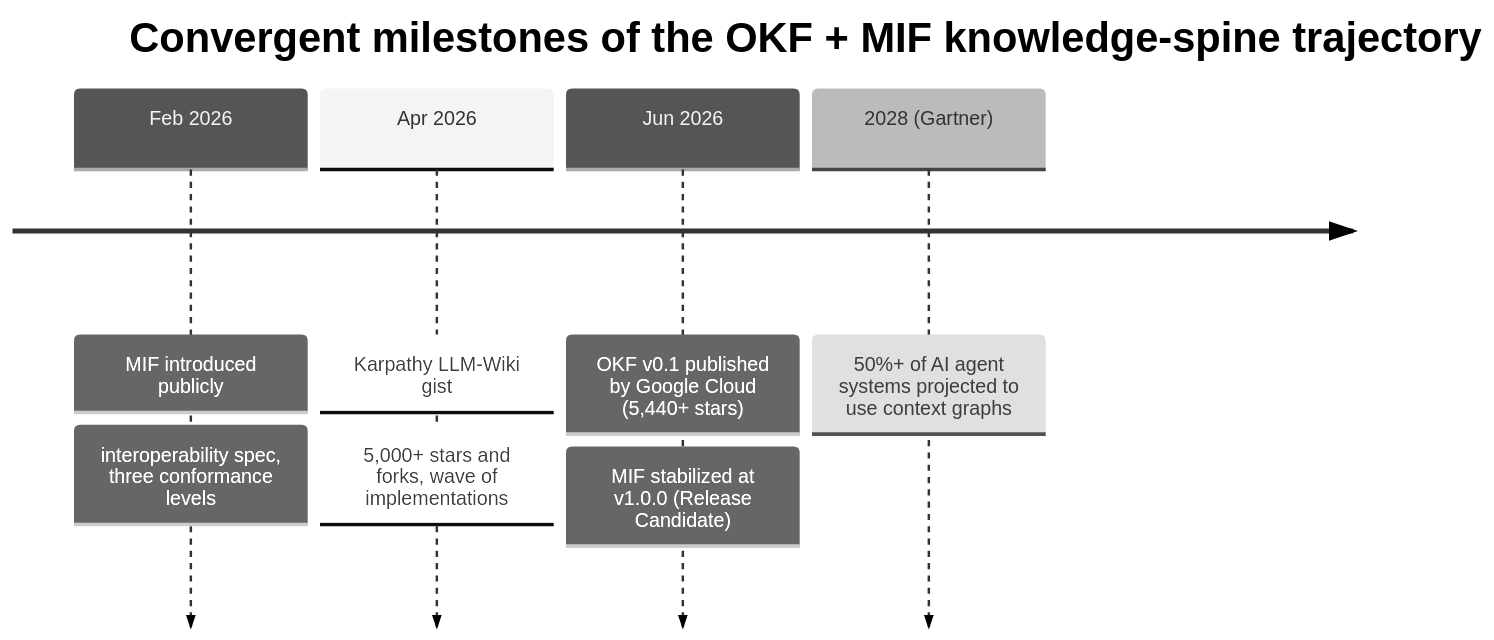
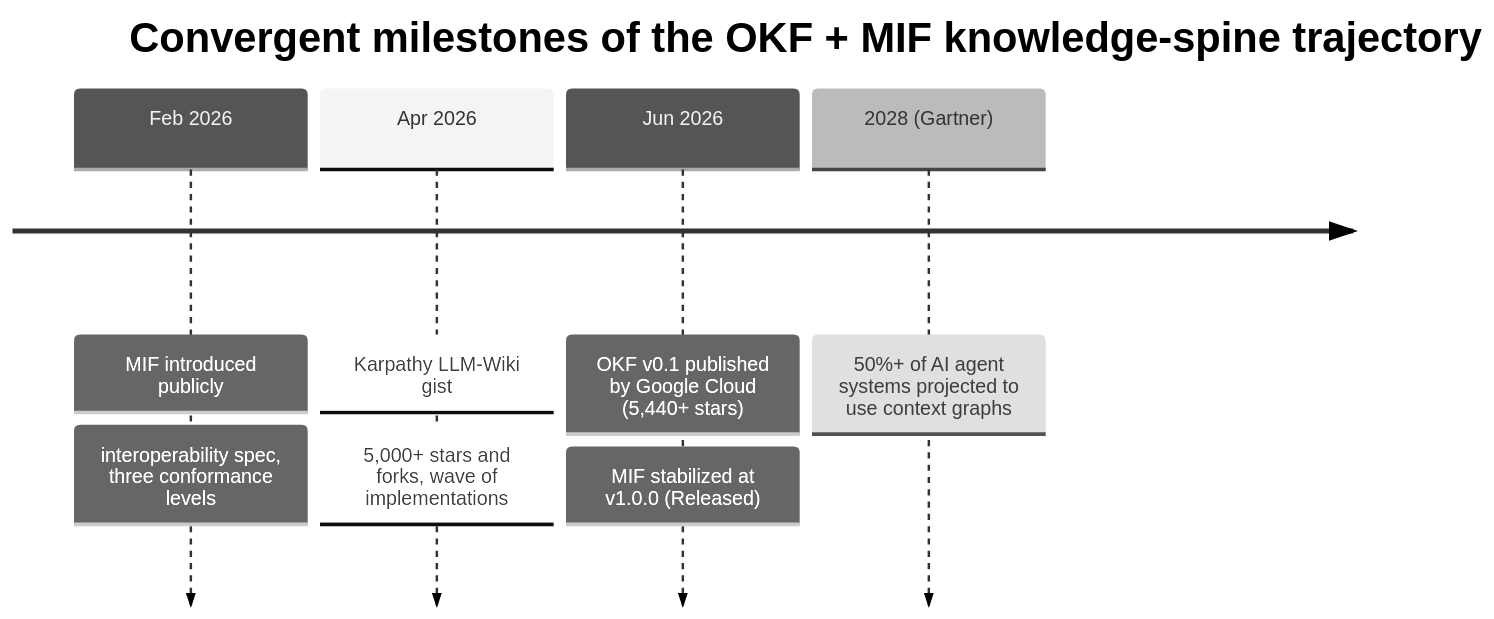
Before and after one commit to zircote/research-harness-template: the second of 2 diagrams in reports/example-okf-mif-knowledge-spine/report-academic.md, drawn with Mermaid (neutral theme). The commit also changed other lines of this file and 97 other files, not shown here.

First line of the commit message:
chore(release): 0.4.2 — MIF marked Released in the corpus, drop the seed rename, lockstep bump (#169)

````diff
--- a/reports/example-okf-mif-knowledge-spine/report-academic.md
+++ b/reports/example-okf-mif-knowledge-spine/report-academic.md
@@ -784,8 +784,8 @@
 ```mermaid
 timeline
   title Convergent milestones of the OKF + MIF knowledge-spine trajectory
   Feb 2026 : MIF introduced publicly : interoperability spec, three conformance levels
   Apr 2026 : Karpathy LLM-Wiki gist : 5,000+ stars and forks, wave of implementations
-  Jun 2026 : OKF v0.1 published by Google Cloud (5,440+ stars) : MIF stabilized at v1.0.0 (Release Candidate)
+  Jun 2026 : OKF v0.1 published by Google Cloud (5,440+ stars) : MIF stabilized at v1.0.0 (Released)
   2028 (Gartner) : 50%+ of AI agent systems projected to use context graphs
 ```
````
